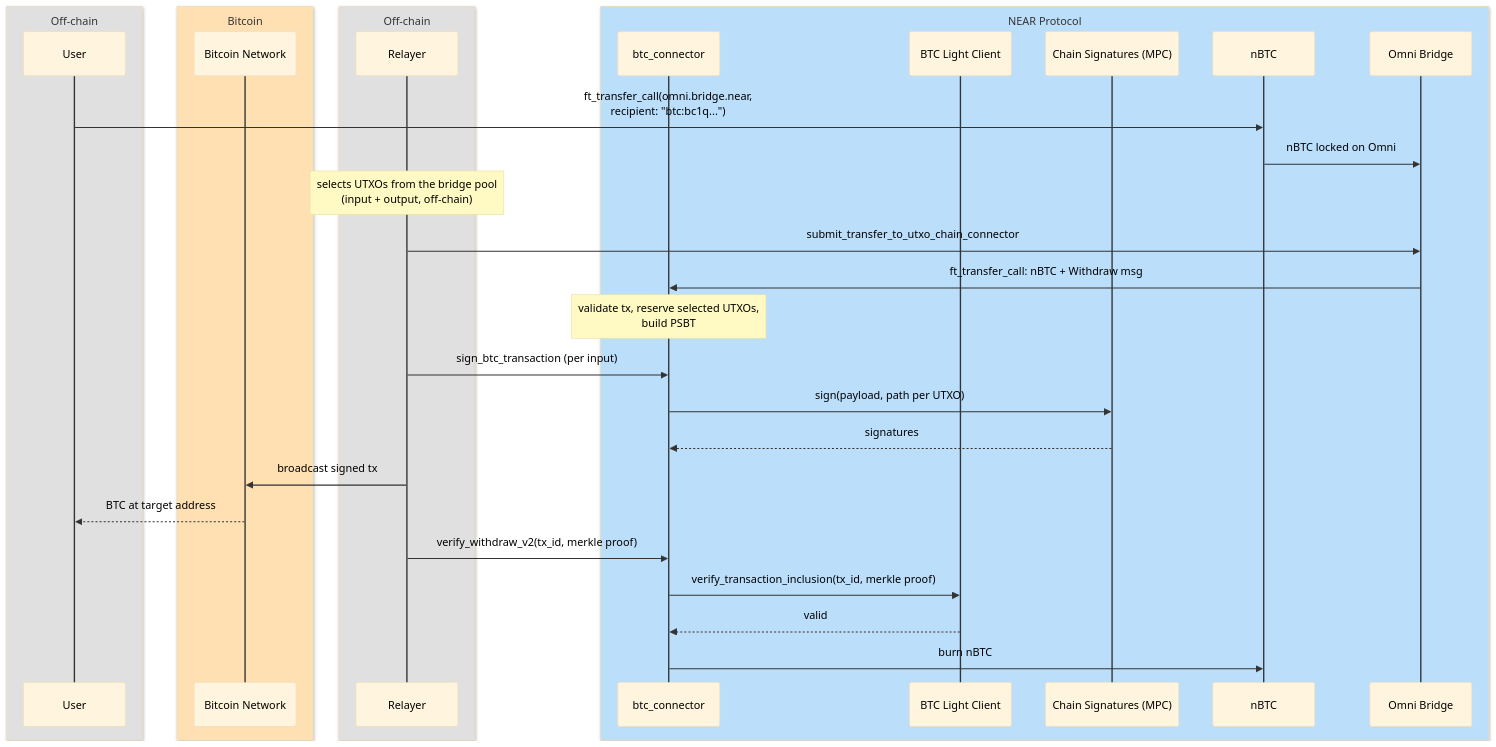
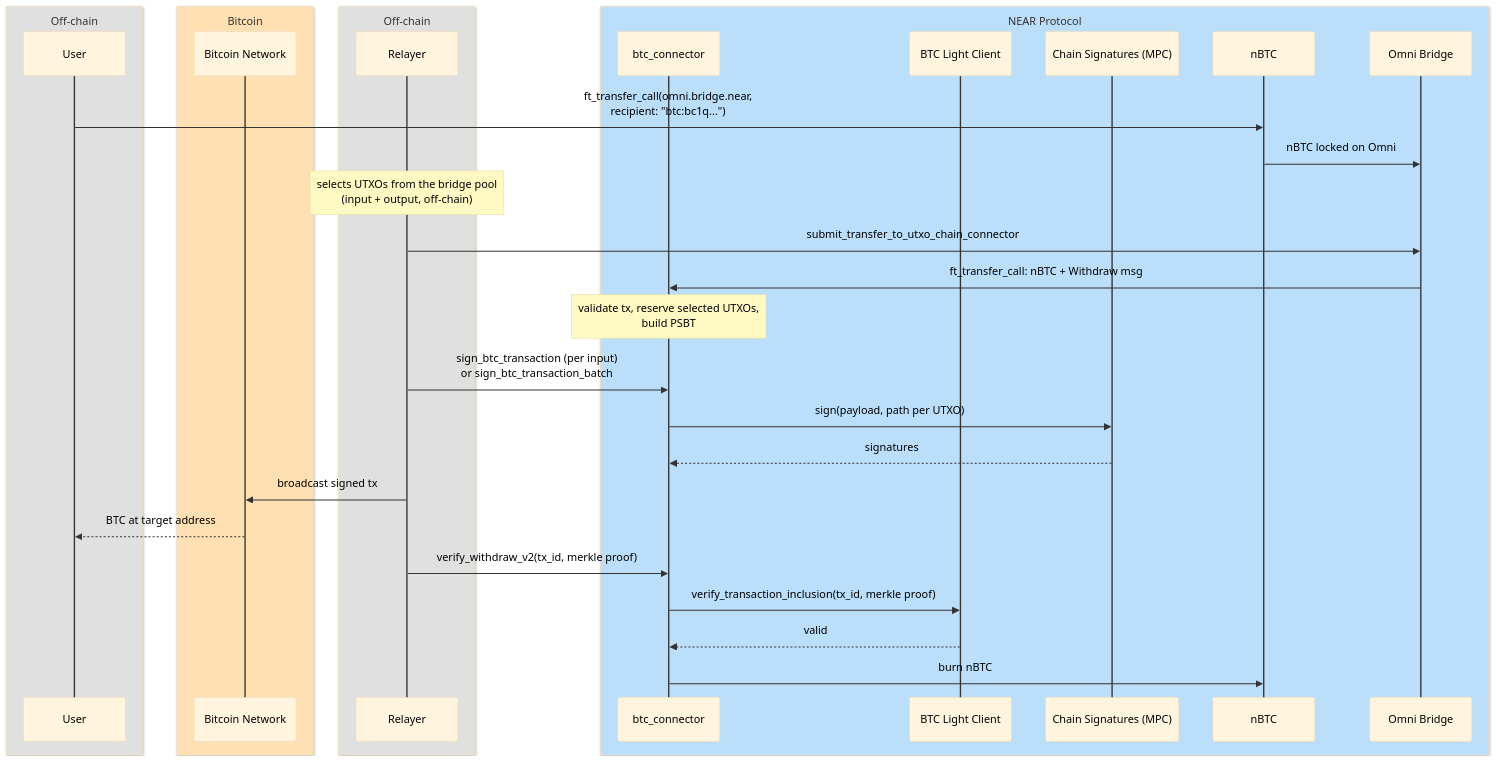
Before and after one commit to Near-One/btc-bridge: the second of 2 diagrams in doc/addresses-and-flows.md, drawn with Mermaid. The commit also changed other lines of this file and 7 other files, not shown here.

Commit message:
feat: add `sign_btc_transaction_batch`

````diff
--- a/doc/addresses-and-flows.md
+++ b/doc/addresses-and-flows.md
@@ -71,39 +72,39 @@
 ```mermaid
 %%{init: {'theme': 'base', 'themeCSS': 'background-color: #ececec;', 'themeVariables': {'actorTextColor': '#000000', 'actorLineColor': '#333333', 'signalColor': '#333333', 'signalTextColor': '#000000', 'noteBkgColor': '#fff9c4', 'noteTextColor': '#000000', 'messageFontSize': '14px'}}}%%
 sequenceDiagram
     box rgb(224, 224, 224) Off-chain
         participant U as User
     end
 
     box rgb(255, 224, 178) Bitcoin
         participant BTC as Bitcoin Network
     end
 
     box rgb(224, 224, 224) Off-chain
         participant R as Relayer
     end
 
     box rgb(187, 222, 251) NEAR Protocol
         participant B as btc_connector
         participant LC as BTC Light Client
         participant MPC as Chain Signatures (MPC)
         participant N as nBTC
         participant O as Omni Bridge
     end
 
     U->>N: ft_transfer_call(omni.bridge.near,<br/>recipient: "btc:bc1q...")
     N->>O: nBTC locked on Omni
     Note over R: selects UTXOs from the bridge pool<br/>(input + output, off-chain)
     R->>O: submit_transfer_to_utxo_chain_connector
     O->>B: ft_transfer_call: nBTC + Withdraw msg
     Note over B: validate tx, reserve selected UTXOs,<br/>build PSBT
-    R->>B: sign_btc_transaction (per input)
+    R->>B: sign_btc_transaction (per input)<br/>or sign_btc_transaction_batch
     B->>MPC: sign(payload, path per UTXO)
     MPC-->>B: signatures
     R->>BTC: broadcast signed tx
     BTC-->>U: BTC at target address
     R->>B: verify_withdraw_v2(tx_id, merkle proof)
     B->>LC: verify_transaction_inclusion(tx_id, merkle proof)
     LC-->>B: valid
     B->>N: burn nBTC
 ```
````
